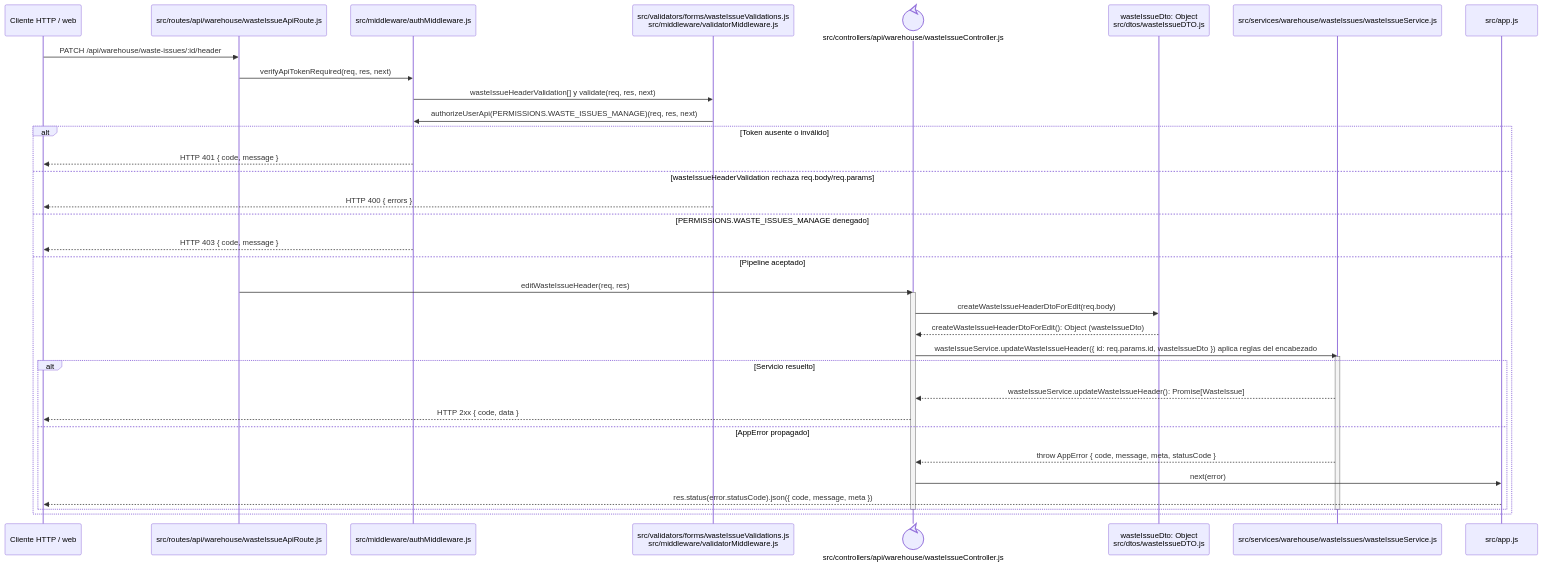
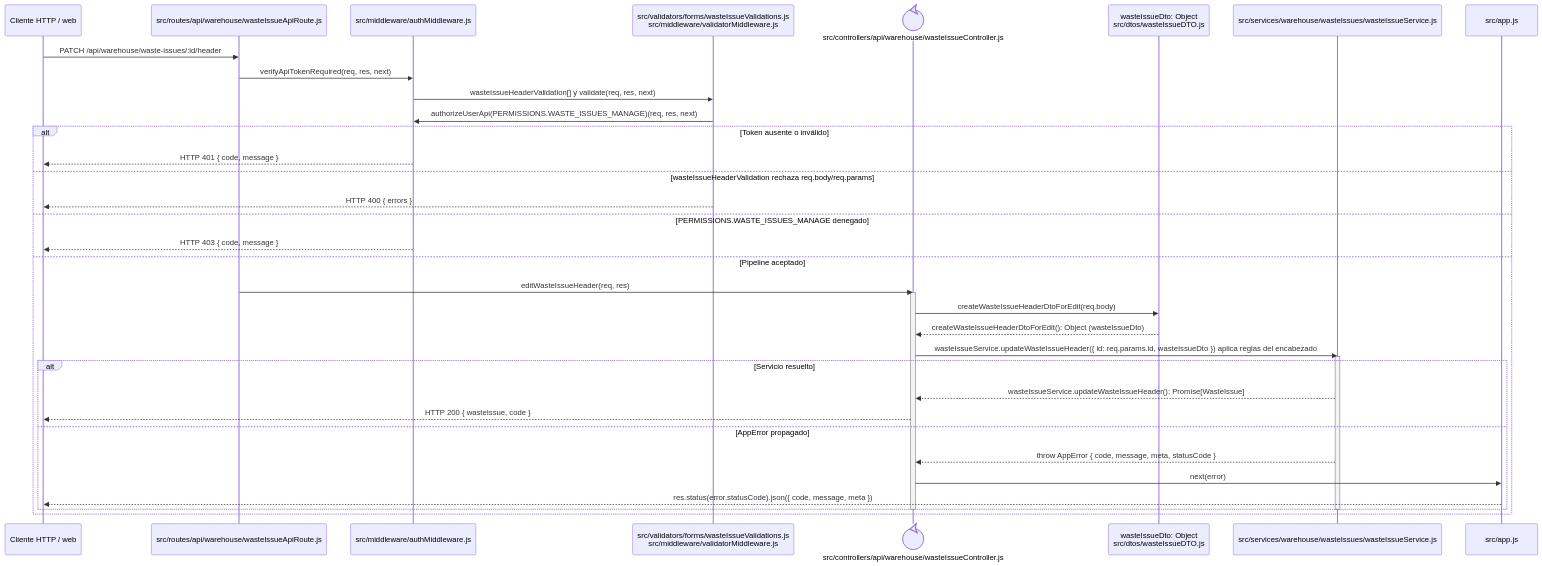
One commit to gpgsistemas01/nexus changed the diagram in docs/architecture/views/processes/backend-code-sequences/issues/cu-sal-10.md. Above: the diagram before and after it, drawn with Mermaid. The commit also changed 187 other files, not shown here.

````diff
--- a/docs/architecture/views/processes/backend-code-sequences/issues/cu-sal-10.md
+++ b/docs/architecture/views/processes/backend-code-sequences/issues/cu-sal-10.md
@@ -6,40 +6,40 @@
 ```mermaid
 sequenceDiagram
     participant Client as Cliente HTTP / web
     participant Route as src/routes/api/warehouse/wasteIssueApiRoute.js
     participant Auth as src/middleware/authMiddleware.js
     participant Validator as src/validators/forms/wasteIssueValidations.js<br/>src/middleware/validatorMiddleware.js
     participant Controller@{ "type": "control" } as src/controllers/api/warehouse/wasteIssueController.js
     participant IssueDto as wasteIssueDto: Object<br/>src/dtos/wasteIssueDTO.js
     participant Domain as src/services/warehouse/wasteIssues/wasteIssueService.js
     participant ErrorHandler as src/app.js
 
     Client->>Route: PATCH /api/warehouse/waste-issues/:id/header
     Route->>Auth: verifyApiTokenRequired(req, res, next)
     Auth->>Validator: wasteIssueHeaderValidation[] y validate(req, res, next)
     Validator->>Auth: authorizeUserApi(PERMISSIONS.WASTE_ISSUES_MANAGE)(req, res, next)
     alt Token ausente o inválido
         Auth-->>Client: HTTP 401 { code, message }
     else wasteIssueHeaderValidation rechaza req.body/req.params
         Validator-->>Client: HTTP 400 { errors }
     else PERMISSIONS.WASTE_ISSUES_MANAGE denegado
         Auth-->>Client: HTTP 403 { code, message }
     else Pipeline aceptado
         Route->>Controller: editWasteIssueHeader(req, res)
         activate Controller
         Controller->>IssueDto: createWasteIssueHeaderDtoForEdit(req.body)
         IssueDto-->>Controller: createWasteIssueHeaderDtoForEdit(): Object (wasteIssueDto)
         Controller->>Domain: wasteIssueService.updateWasteIssueHeader({ id: req.params.id, wasteIssueDto }) aplica reglas del encabezado
         activate Domain
         alt Servicio resuelto
             Domain-->>Controller: wasteIssueService.updateWasteIssueHeader(): Promise[WasteIssue]
-            Controller-->>Client: HTTP 2xx { code, data }
+            Controller-->>Client: HTTP 200 { wasteIssue, code }
         else AppError propagado
             Domain-->>Controller: throw AppError { code, message, meta, statusCode }
             Controller->>ErrorHandler: next(error)
             ErrorHandler-->>Client: res.status(error.statusCode).json({ code, message, meta })
         end
         deactivate Domain
         deactivate Controller
     end
 ```
````
